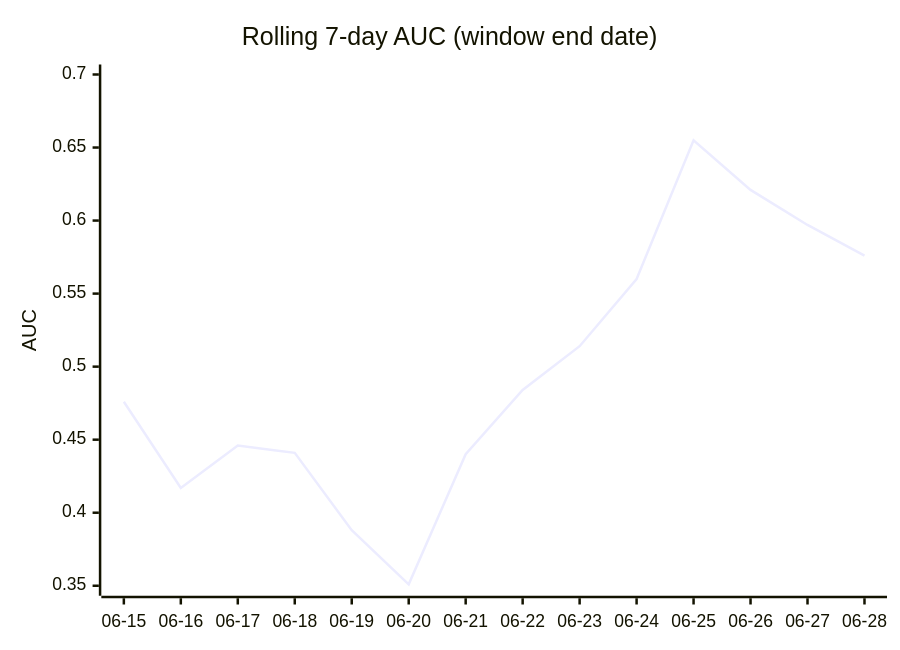
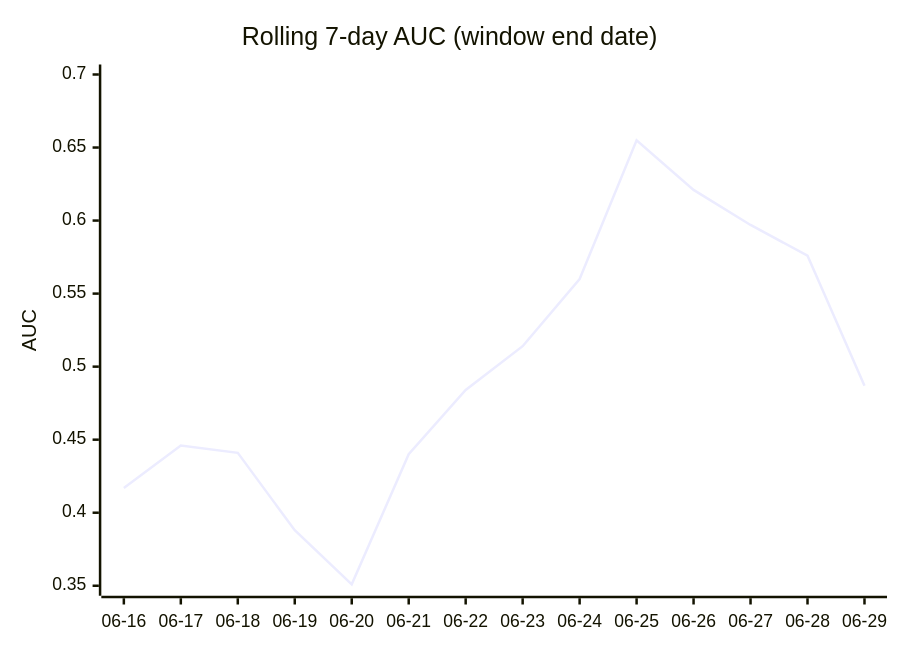
One commit to dpk1212/nhl-savant changed the fourth of 5 diagrams in DAILY_AGSU_REPORT.md. Above: the diagram before and after it, drawn with Mermaid. The commit also changed other lines of this file, not shown here.

````diff
--- a/DAILY_AGSU_REPORT.md
+++ b/DAILY_AGSU_REPORT.md
@@ -515,7 +518,7 @@
 ```mermaid
 xychart-beta
     title "Rolling 7-day AUC (window end date)"
-    x-axis ["06-15", "06-16", "06-17", "06-18", "06-19", "06-20", "06-21", "06-22", "06-23", "06-24", "06-25", "06-26", "06-27", "06-28"]
+    x-axis ["06-16", "06-17", "06-18", "06-19", "06-20", "06-21", "06-22", "06-23", "06-24", "06-25", "06-26", "06-27", "06-28", "06-29"]
     y-axis "AUC" 0.35 --> 0.7
-    line [0.476, 0.417, 0.446, 0.441, 0.388, 0.351, 0.44, 0.484, 0.514, 0.56, 0.655, 0.621, 0.597, 0.576]
+    line [0.417, 0.446, 0.441, 0.388, 0.351, 0.44, 0.484, 0.514, 0.56, 0.655, 0.621, 0.597, 0.576, 0.487]
 ```
````
